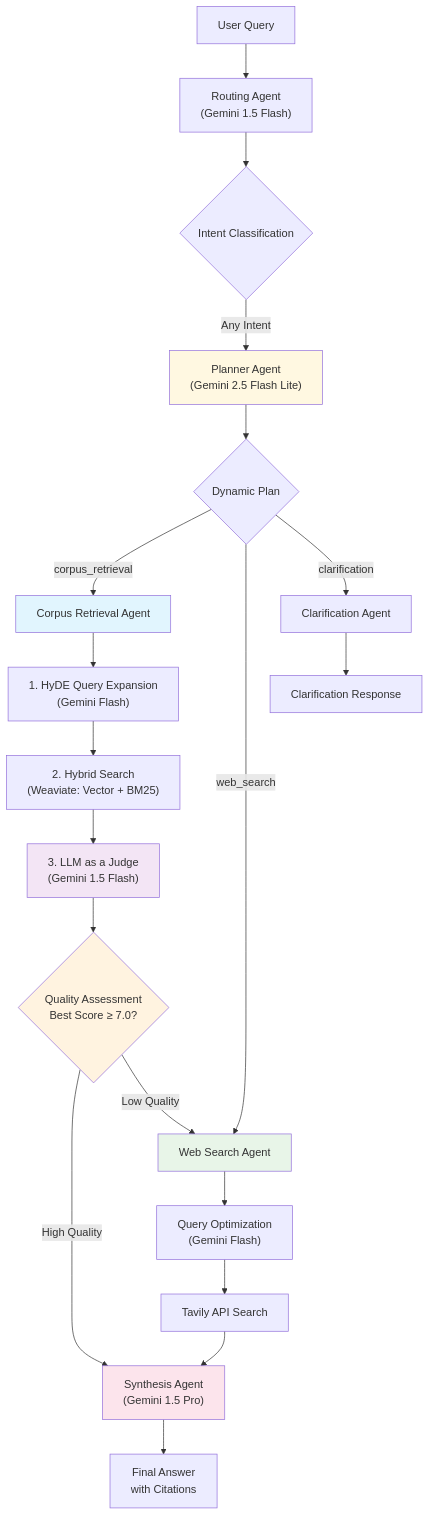
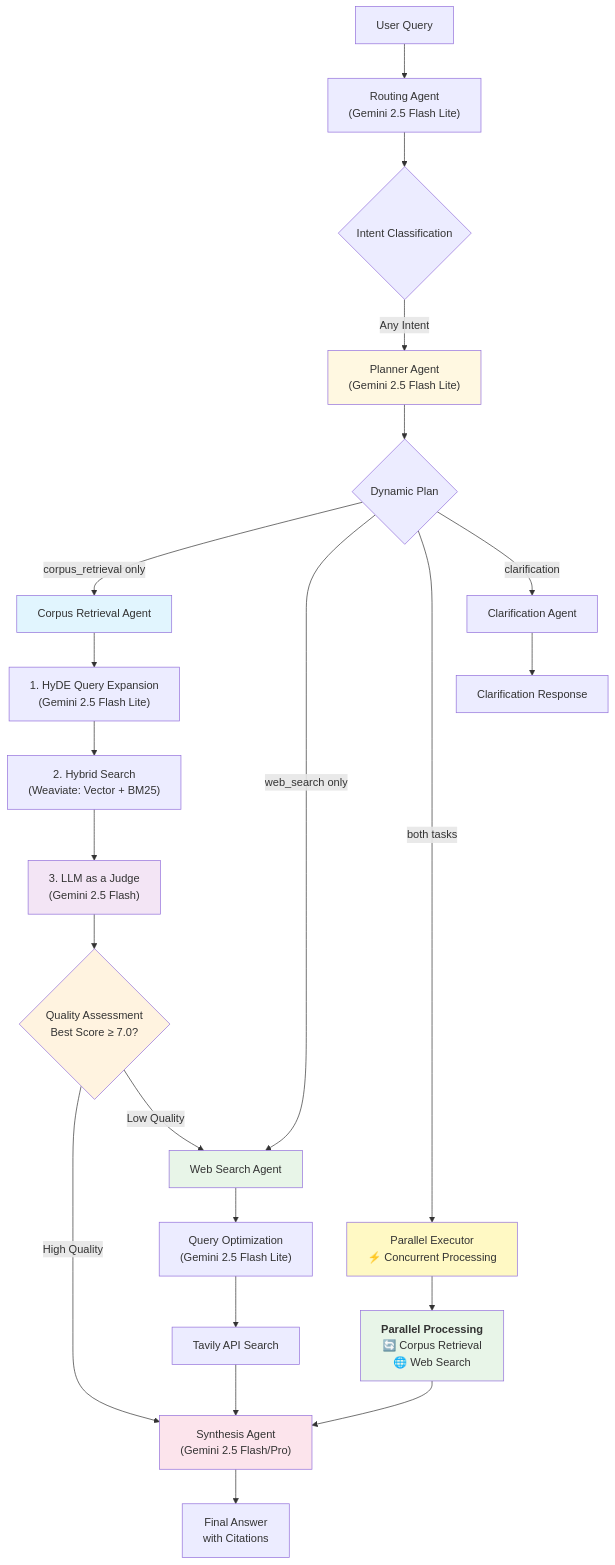
The diagram in README.md (Additrien/arc-fusion), drawn with Mermaid before and after one commit. The commit also changed other lines of this file and 1 other file, not shown here.

````diff
--- a/README.md
+++ b/README.md
@@ -60,35 +43,43 @@
 ```mermaid
 graph TD
-    A["User Query"] --> B["Routing Agent<br/>(Gemini 1.5 Flash)"]
+    A["User Query"] --> B["Routing Agent<br/>(Gemini 2.5 Flash Lite)"]
     B --> C{"Intent Classification"}
     
     C -->|"Any Intent"| P["Planner Agent<br/>(Gemini 2.5 Flash Lite)"]
     P --> D{"Dynamic Plan"}
     
-    D -->|"corpus_retrieval"| E["Corpus Retrieval Agent"]
-    D -->|"web_search"| F["Web Search Agent"]
+    D -->|"corpus_retrieval only"| E["Corpus Retrieval Agent"]
+    D -->|"web_search only"| F["Web Search Agent"] 
+    D -->|"both tasks"| PE["Parallel Executor<br/>⚡ Concurrent Processing"]
     D -->|"clarification"| G["Clarification Agent"]
     
-    E --> E1["1. HyDE Query Expansion<br/>(Gemini Flash)"]
-    E1 --> E2["2. Hybrid Search<br/>(Weaviate: Vector + BM25)"]
-    E2 --> E3["3. LLM as a Judge<br/>(Gemini 1.5 Flash)"]
-    E3 --> E4{"Quality Assessment<br/>Best Score ≥ 7.0?"}
+    PE --> E2["`**Parallel Processing**
+    🔄 Corpus Retrieval
+    🌐 Web Search`"]
+    E2 --> H["Synthesis Agent<br/>(Gemini 2.5 Flash/Pro)"]
     
-    E4 -->|"High Quality"| H["Synthesis Agent<br/>(Gemini 1.5 Pro)"]
-    E4 -->|"Low Quality"| F
+    E --> E1["1. HyDE Query Expansion<br/>(Gemini 2.5 Flash Lite)"]
+    E1 --> E3["2. Hybrid Search<br/>(Weaviate: Vector + BM25)"]
+    E3 --> E4["3. LLM as a Judge<br/>(Gemini 2.5 Flash)"]
+    E4 --> E5{"Quality Assessment<br/>Best Score ≥ 7.0?"}
     
-    F --> F1["Query Optimization<br/>(Gemini Flash)"]
+    E5 -->|"High Quality"| H
+    E5 -->|"Low Quality"| F
+    
+    F --> F1["Query Optimization<br/>(Gemini 2.5 Flash Lite)"]
     F1 --> F2["Tavily API Search"]
     F2 --> H
     
     G --> I["Clarification Response"]
     
     H --> J["Final Answer<br/>with Citations"]
     
     style E fill:#e1f5fe
-    style E3 fill:#f3e5f5
-    style E4 fill:#fff3e0
+    style E4 fill:#f3e5f5
+    style E5 fill:#fff3e0
     style F fill:#e8f5e8
     style H fill:#fce4ec
     style P fill:#fff8e1
+    style PE fill:#fff9c4
+    style E2 fill:#e8f5e8
 ```
````
